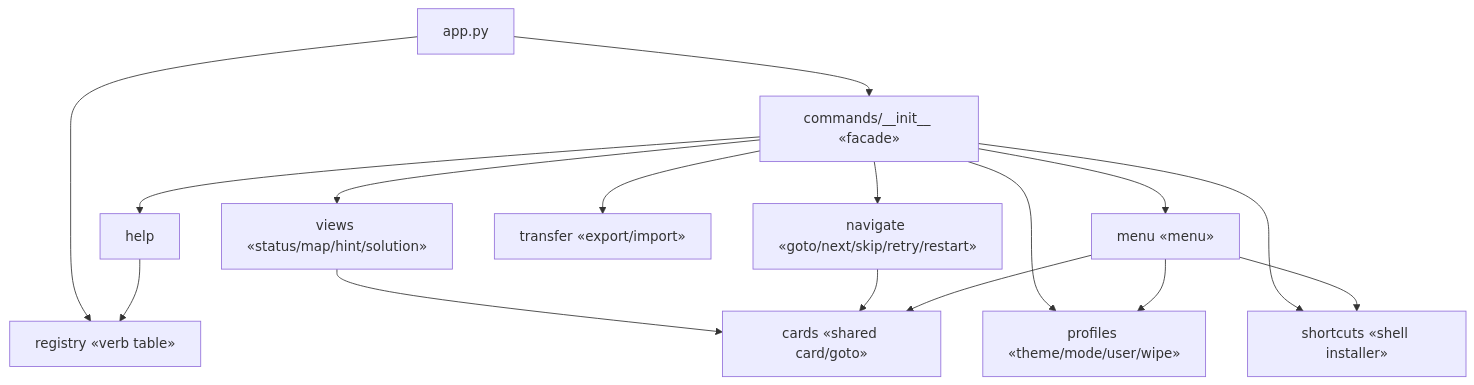
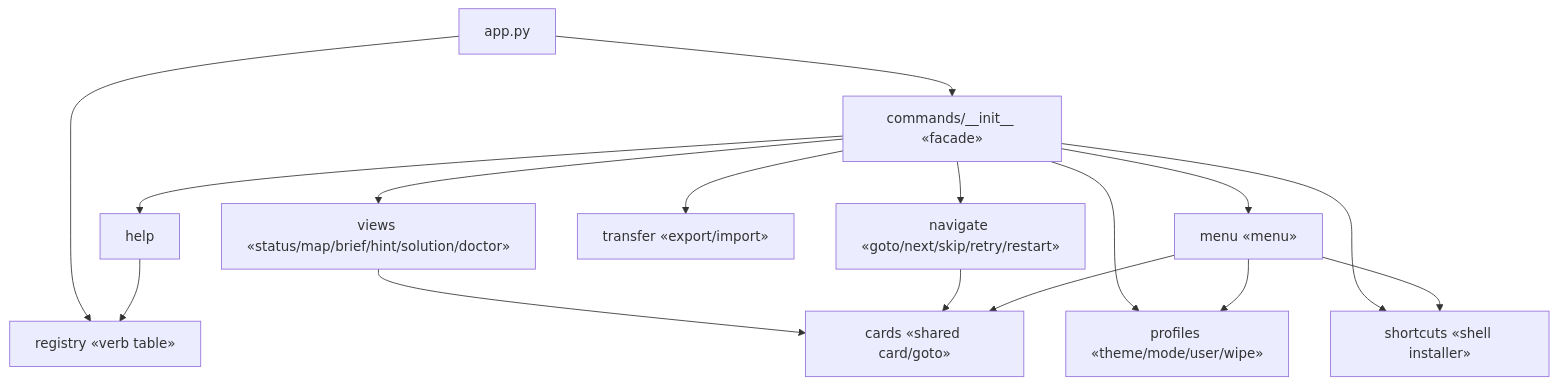
Before and after one commit to N041M/PyQuest: the sixth of 11 diagrams in docs/diagrams/README.md, drawn with Mermaid. The commit also changed 23 other files, not shown here.

````diff
--- a/docs/diagrams/README.md
+++ b/docs/diagrams/README.md
@@ -272,18 +272,18 @@
 ```mermaid
 flowchart TB
     app["app.py"] --> creg["registry «verb table»"]
     app --> cinit["commands/__init__ «facade»"]
-    cinit --> cviews["views «status/map/hint/solution»"]
+    cinit --> cviews["views «status/map/brief/hint/solution/doctor»"]
     cinit --> cnav["navigate «goto/next/skip/retry/restart»"]
     cinit --> cmenu["menu «menu»"]
     cinit --> cprof["profiles «theme/mode/user/wipe»"]
     cinit --> ctrans["transfer «export/import»"]
     cinit --> cshort["shortcuts «shell installer»"]
     cinit --> chelp["help"]
     cviews --> ccards["cards «shared card/goto»"]
     cnav --> ccards
     cmenu --> ccards
     cmenu --> cprof
     cmenu --> cshort
     chelp --> creg
 ```
````
